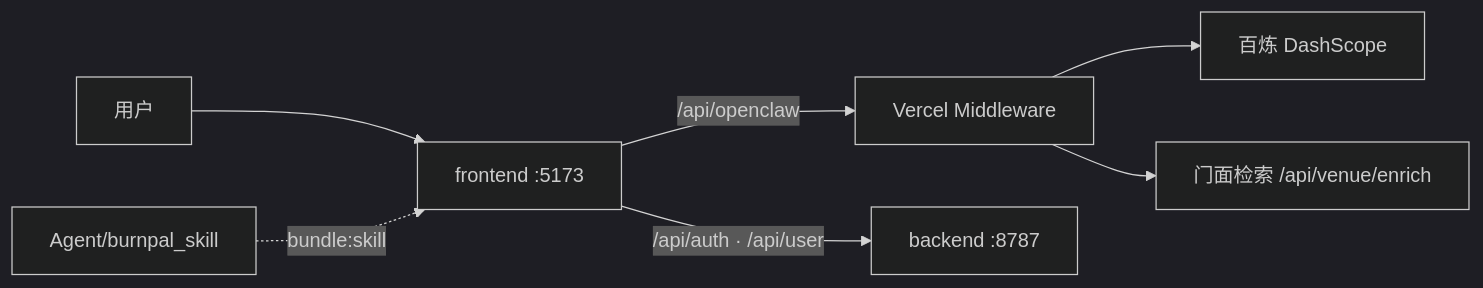
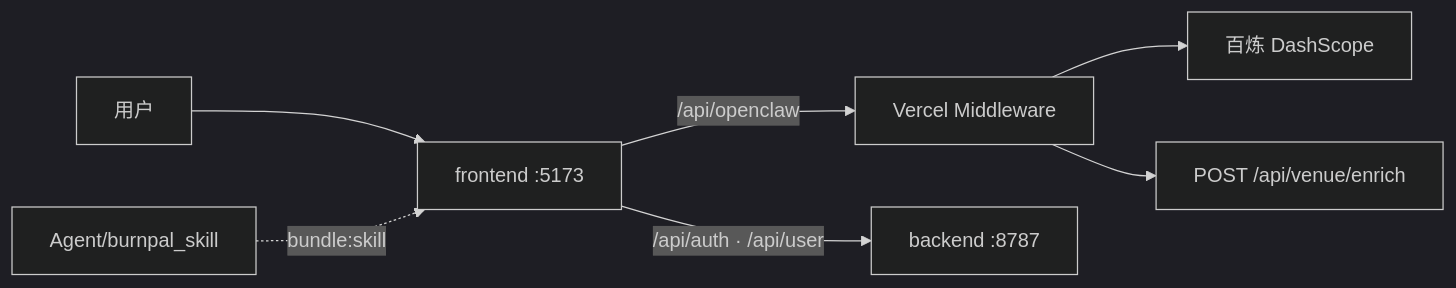
One commit to ShuoMeng66/QingLu changed the diagram in README.md. Above: the diagram before and after it, drawn with Mermaid (dark theme). The commit also changed other lines of this file, not shown here.

````diff
--- a/README.md
+++ b/README.md
@@ -39,9 +11,9 @@
 ```mermaid
 flowchart LR
   User[用户] --> FE[frontend :5173]
   FE -->|/api/openclaw| MW[Vercel Middleware]
   FE -->|/api/auth · /api/user| BE[backend :8787]
   MW --> Bailian[百炼 DashScope]
-  MW --> Enrich[门面检索 /api/venue/enrich]
+  MW --> Enrich[POST /api/venue/enrich]
   Skill[Agent/burnpal_skill] -.->|bundle:skill| FE
 ```
````
